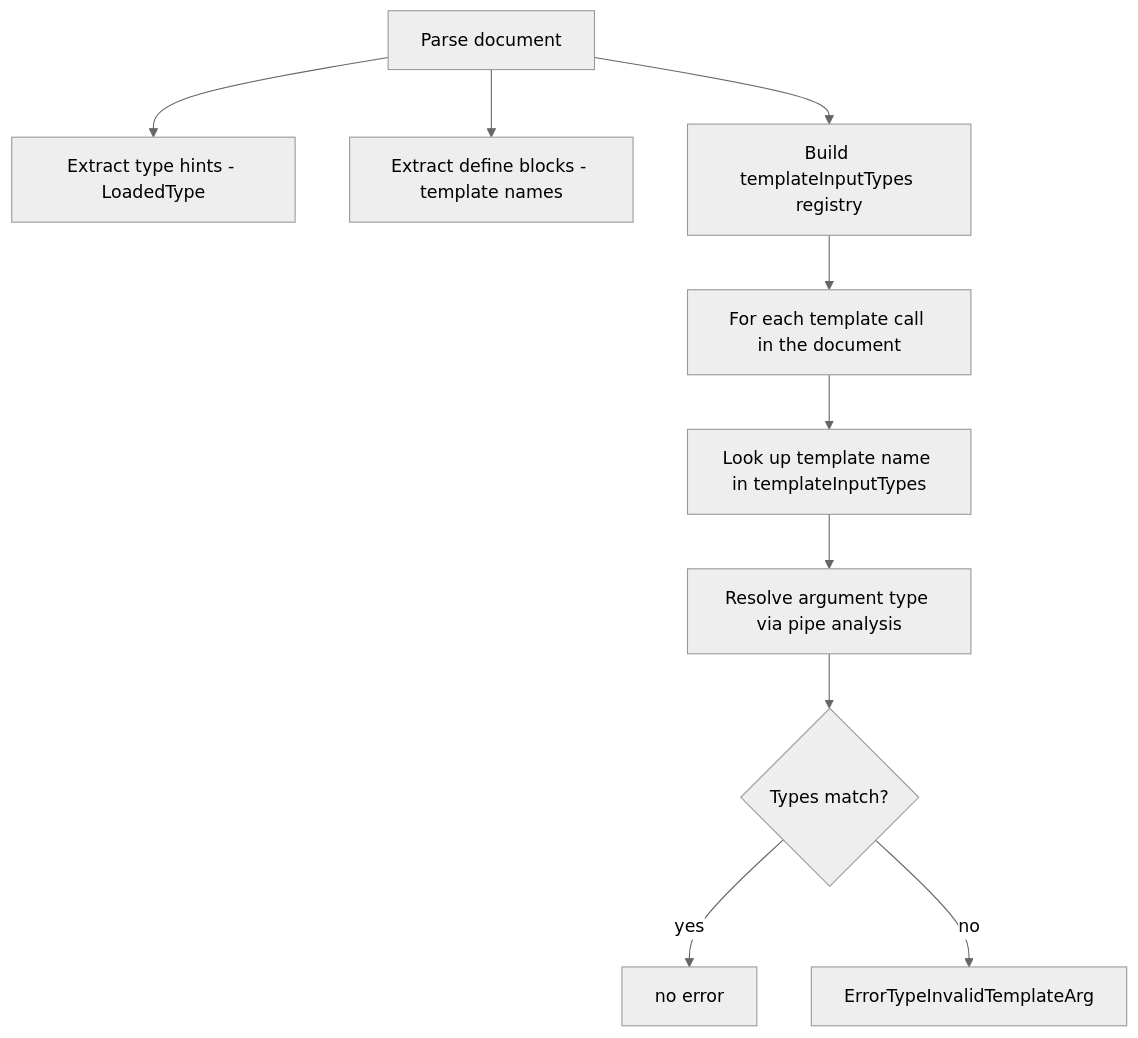
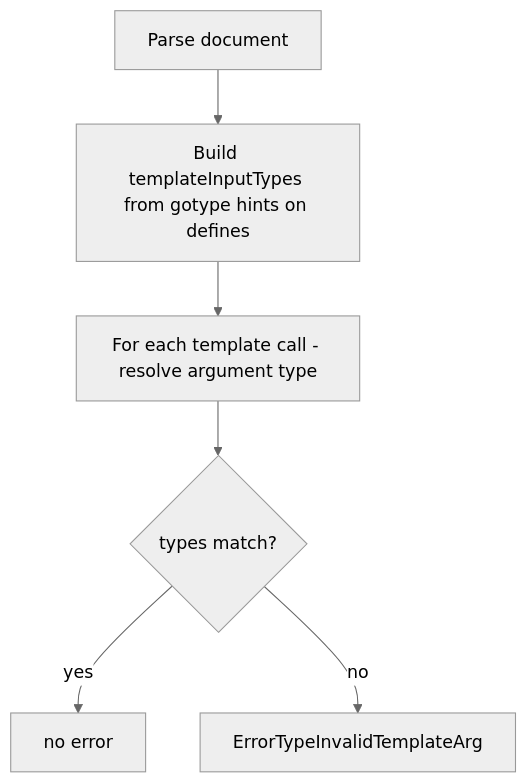
The first of 2 diagrams in docs/features/template_checking.md (allseas/go-template-lsp), drawn with Mermaid (neutral theme) before and after one commit. The commit also changed other lines of this file and 6 other files, not shown here.

Commit message:
docs: simplified the flowcharts

````diff
--- a/docs/features/template_checking.md
+++ b/docs/features/template_checking.md
@@ -29,12 +29,8 @@
 ```mermaid
 flowchart TD
-    A[Parse document] --> B["Extract type hints - LoadedType"]
-    A --> C["Extract define blocks - template names"]
-    A --> D[Build templateInputTypes registry]
-    D --> E["For each template call in the document"]
-    E --> F["Look up template name in templateInputTypes"]
-    F --> G["Resolve argument type via pipe analysis"]
-    G --> H{Types match?}
-    H -->|yes| I[no error]
-    H -->|no| J[ErrorTypeInvalidTemplateArg]
+    A[Parse document] --> B["Build templateInputTypes from gotype hints on defines"]
+    B --> C["For each template call - resolve argument type"]
+    C --> D{types match?}
+    D -->|yes| E[no error]
+    D -->|no| F[ErrorTypeInvalidTemplateArg]
 ```
````
